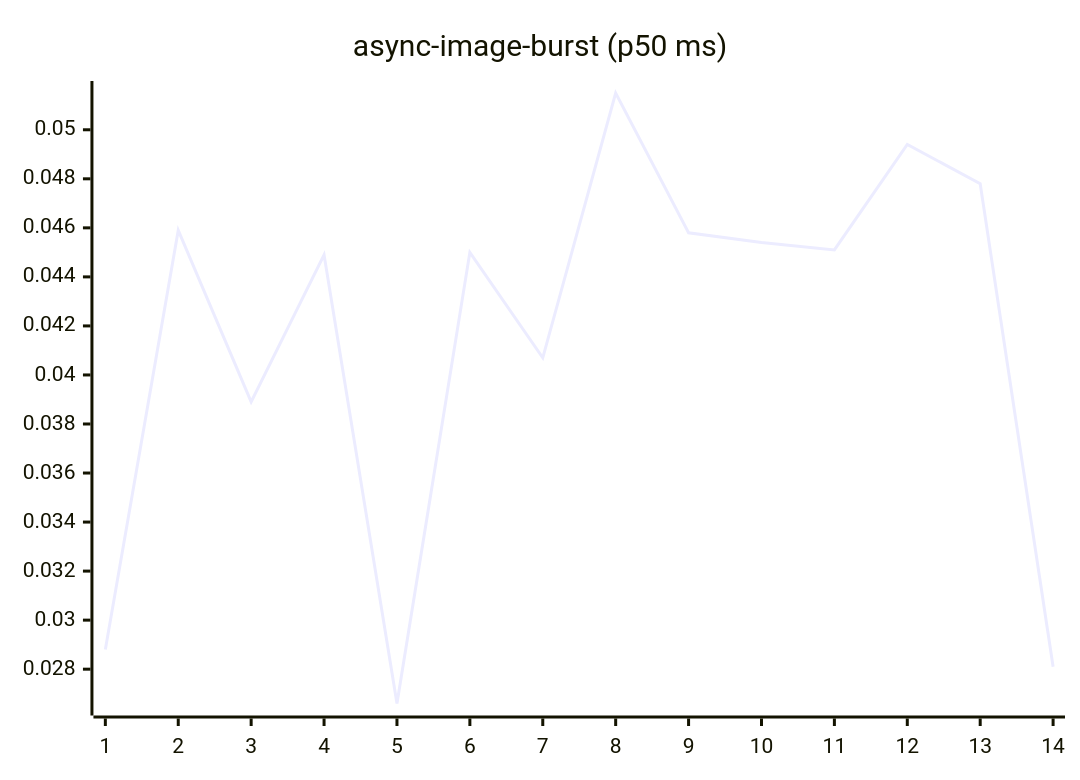
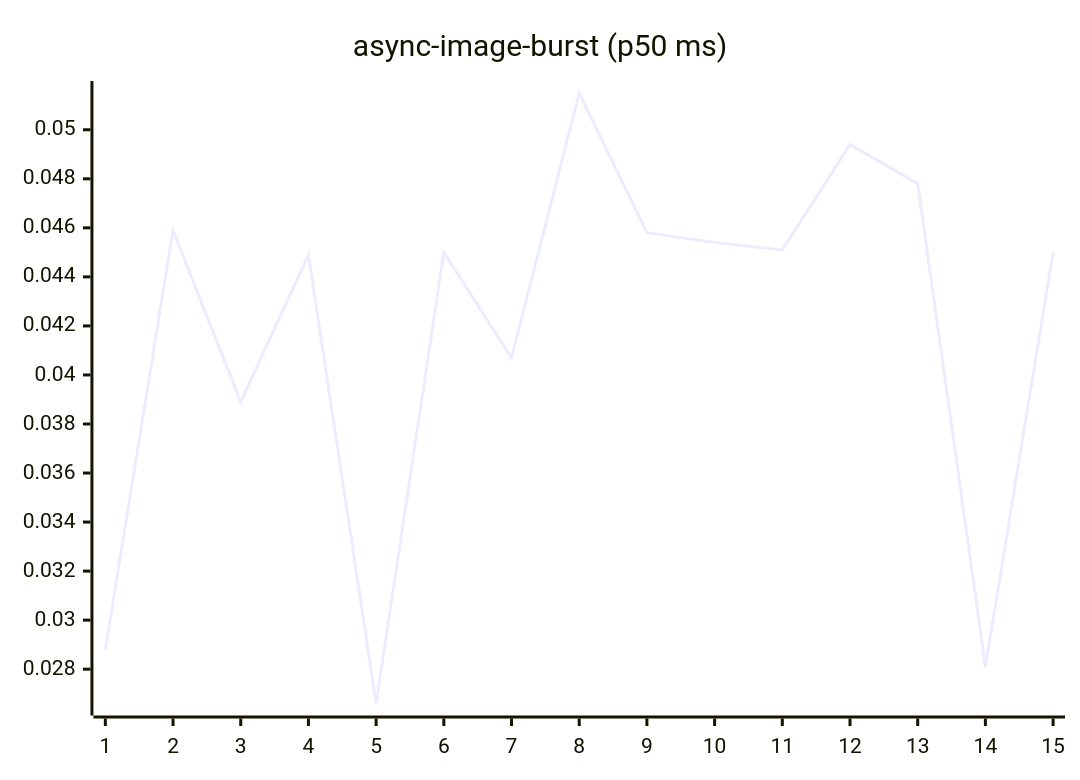
One commit to josha/Facet changed the fourth of 27 diagrams in README.md. Above: the diagram before and after it, drawn with Mermaid. The commit also changed other lines of this file and 2 other files, not shown here.

````diff
--- a/README.md
+++ b/README.md
@@ -84,6 +84,6 @@
 ```mermaid
 xychart-beta
     title "async-image-burst (p50 ms)"
-    x-axis 1 --> 14
-    line [0.0288, 0.0459, 0.0389, 0.0449, 0.0266, 0.0450, 0.0407, 0.0515, 0.0458, 0.0454, 0.0451, 0.0494, 0.0478, 0.0281]
+    x-axis 1 --> 15
+    line [0.0288, 0.0459, 0.0389, 0.0449, 0.0266, 0.0450, 0.0407, 0.0515, 0.0458, 0.0454, 0.0451, 0.0494, 0.0478, 0.0281, 0.0450]
 ```
````
